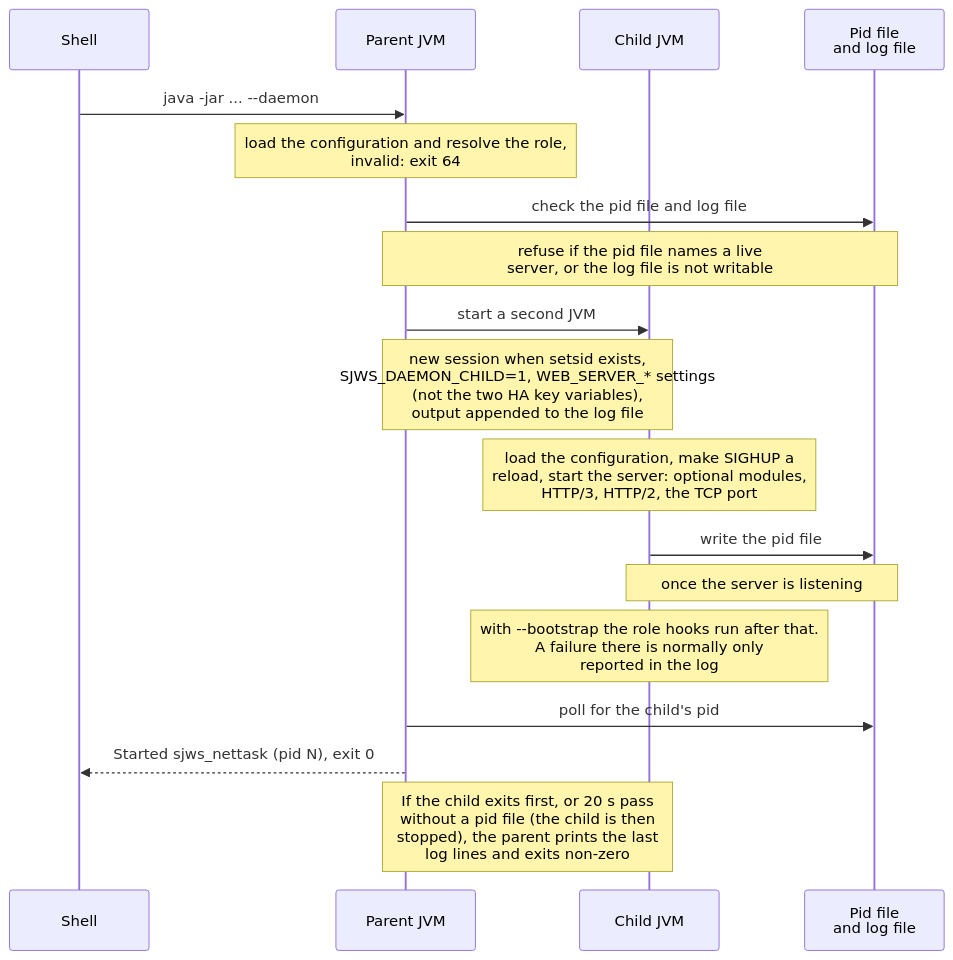
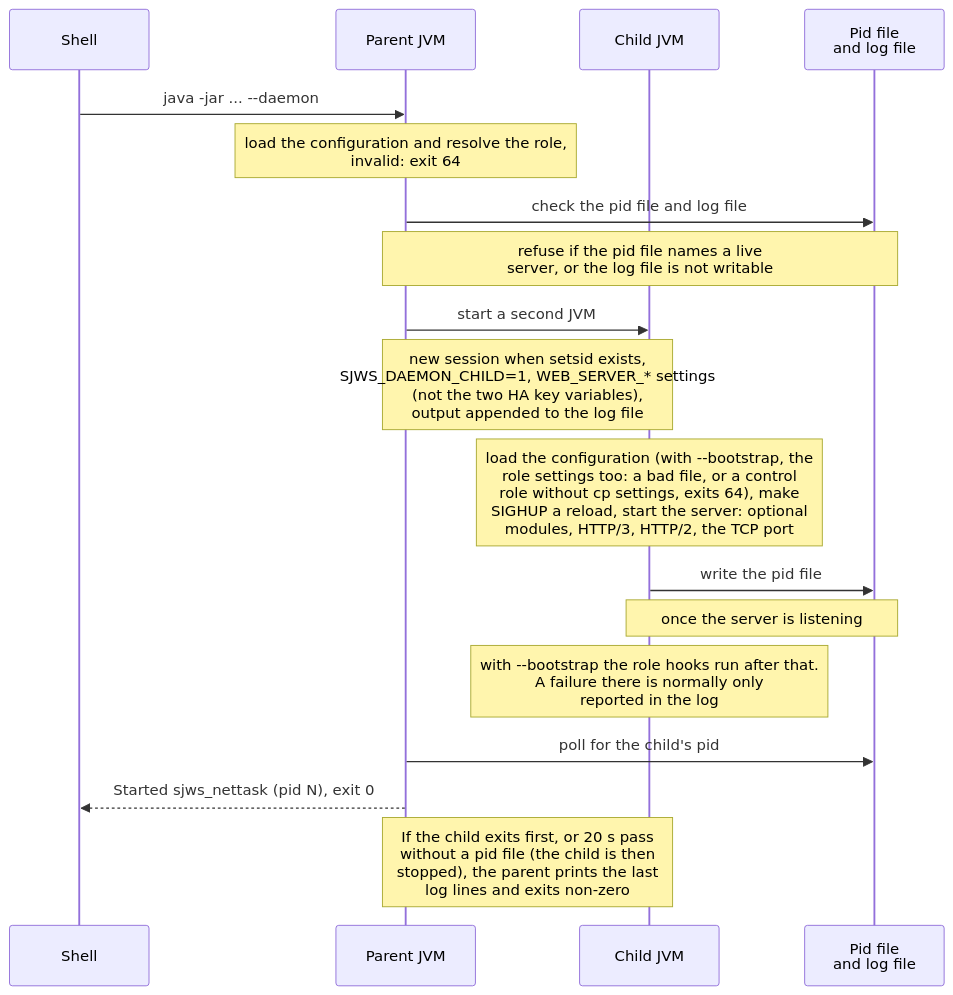
The first of 2 diagrams in docs/operations/daemon.md (BlivionIaG/sjws_nettask), drawn with Mermaid before and after one commit. The commit also changed 7 other files, not shown here.

First line of the commit message:
docs: update the diagrams for the 30 new master commits

````diff
--- a/docs/operations/daemon.md
+++ b/docs/operations/daemon.md
@@ -19,21 +19,21 @@
 ```mermaid
 sequenceDiagram
     participant U as Shell
     participant P as Parent JVM
     participant C as Child JVM
     participant F as Pid file<br/>and log file
 
     U->>P: java -jar ... --daemon
     Note over P: load the configuration and resolve the role,<br/>invalid: exit 64
     P->>F: check the pid file and log file
     Note over P,F: refuse if the pid file names a live<br/>server, or the log file is not writable
     P->>C: start a second JVM
     Note over P,C: new session when setsid exists,<br/>SJWS_DAEMON_CHILD=1, WEB_SERVER_* settings<br/>(not the two HA key variables),<br/>output appended to the log file
-    Note over C: load the configuration, make SIGHUP a<br/>reload, start the server: optional modules,<br/>HTTP/3, HTTP/2, the TCP port
+    Note over C: load the configuration (with --bootstrap, the<br/>role settings too: a bad file, or a control<br/>role without cp settings, exits 64), make<br/>SIGHUP a reload, start the server: optional<br/>modules, HTTP/3, HTTP/2, the TCP port
     C->>F: write the pid file
     Note over C,F: once the server is listening
     Note over C: with --bootstrap the role hooks run after that.<br/>A failure there is normally only<br/>reported in the log
     P->>F: poll for the child's pid
     P-->>U: Started sjws_nettask (pid N), exit 0
     Note over P,C: If the child exits first, or 20 s pass<br/>without a pid file (the child is then<br/>stopped), the parent prints the last<br/>log lines and exits non-zero
 ```
````
